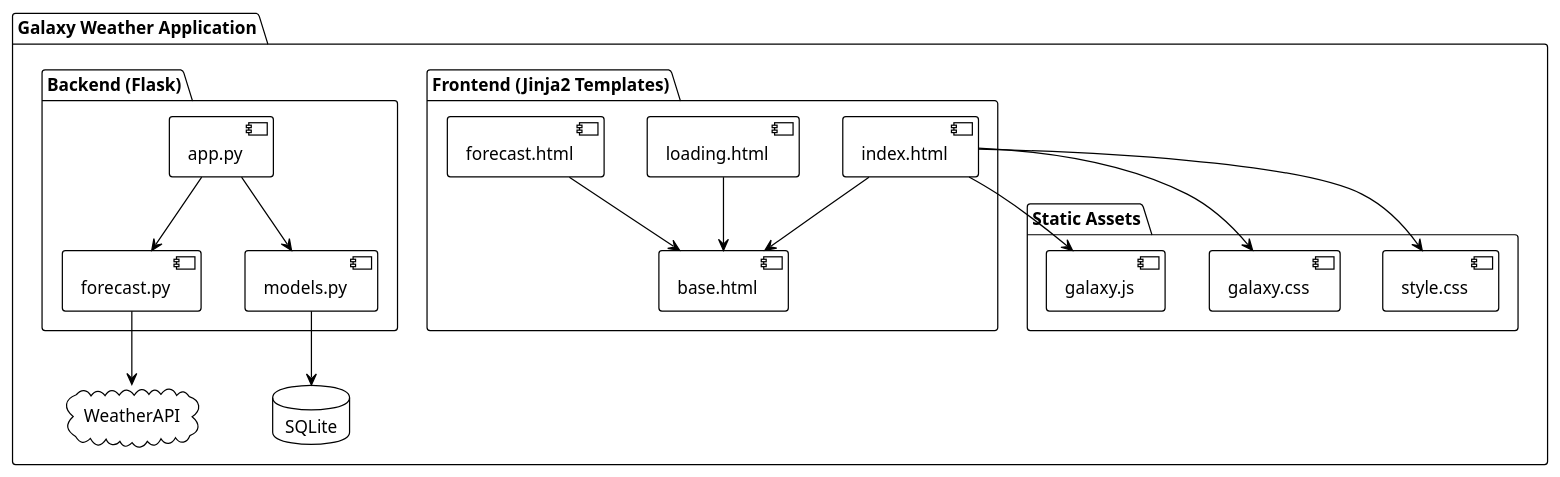
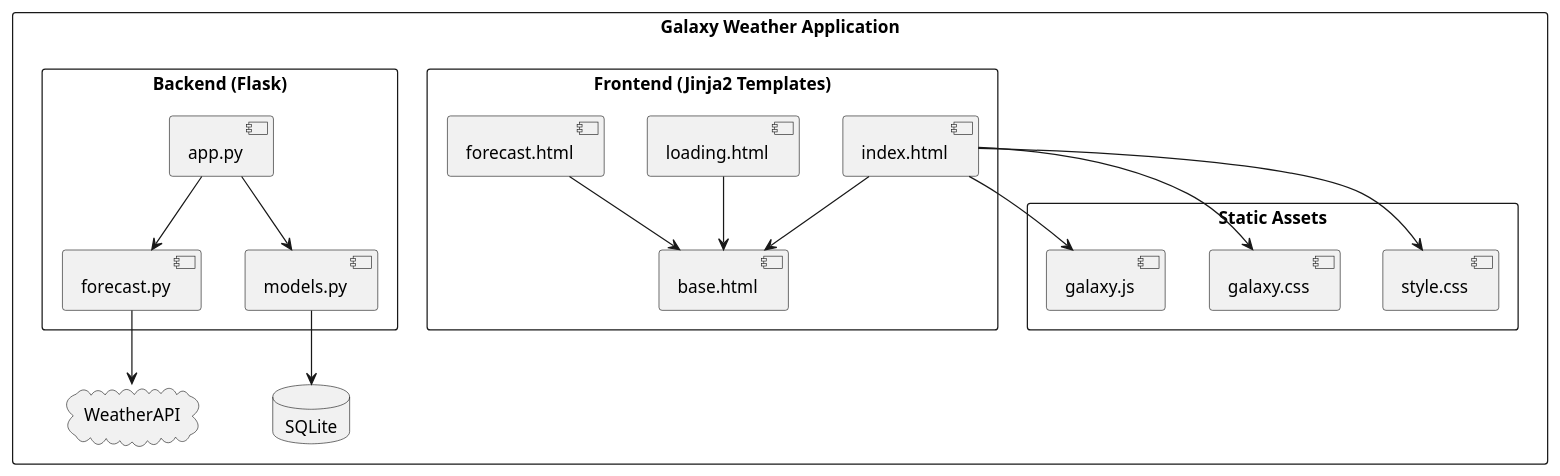
One commit to AASoftIR/kanban changed the diagram in diagrams/06_component_diagram.puml. Above: the diagram before and after it, drawn with PlantUML. The commit also changed 25 other files, not shown here.

```diff
--- a/diagrams/06_component_diagram.puml
+++ b/diagrams/06_component_diagram.puml
@@ -2,43 +2,48 @@
 @startuml ComponentDiagram
-!theme plain
+' Rational Rose-like styling (classic UML look)
+skinparam monochrome true
+skinparam shadowing false
+skinparam BackgroundColor white
+skinparam DefaultFontName Arial
+skinparam PackageStyle rectangle
 
 package "Galaxy Weather Application" {
     
     package "Frontend (Jinja2 Templates)" {
         [index.html] as Index
         [loading.html] as Loading
         [forecast.html] as Forecast
         [base.html] as Base
     }
     
     package "Static Assets" {
         [style.css] as CSS
         [galaxy.css] as GalaxyCSS
         [galaxy.js] as GalaxyJS
     }
     
     package "Backend (Flask)" {
         [app.py] as App
         [forecast.py] as ForecastModule
         [models.py] as Models
     }
     
     database "SQLite" as DB
     
     cloud "WeatherAPI" as API
 }
 
 Index --> Base
 Loading --> Base
 Forecast --> Base
 
 Index --> CSS
 Index --> GalaxyCSS
 Index --> GalaxyJS
 
 App --> ForecastModule
 App --> Models
 ForecastModule --> API
 Models --> DB
 
 @enduml
```
